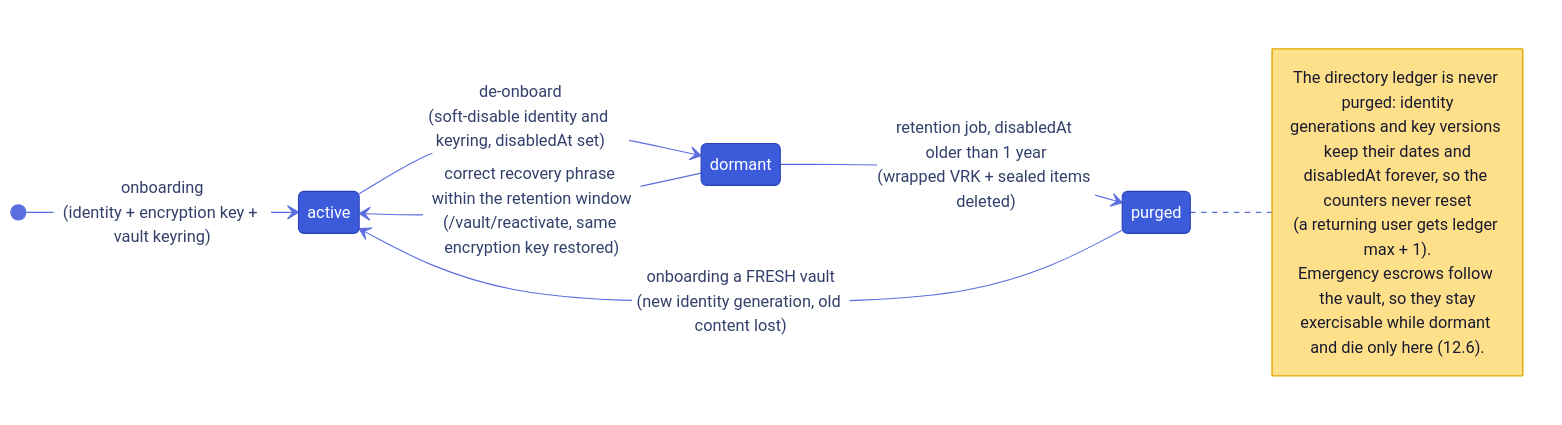
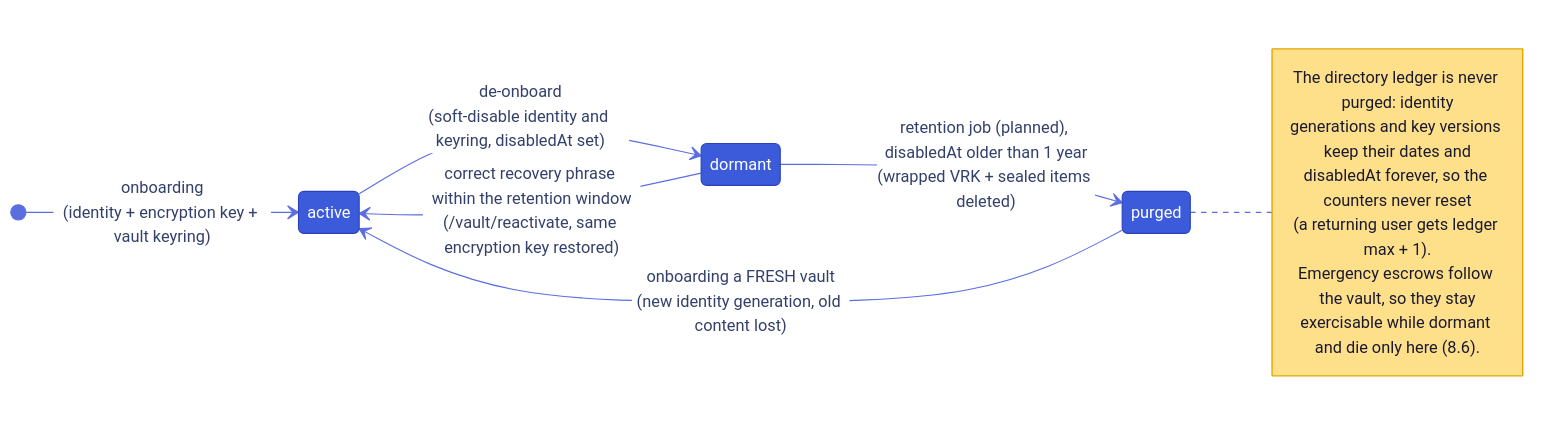
Before and after one commit to suitenumerique/encryption: diagram 18 of 24 in architecture.md, drawn with Mermaid. The commit also changed other lines of this file and 24 other files, not shown here.

Commit message:
fix(crypto): encrypt with xchacha20-poly1305 aead instead of xsalsa20 secretbox as documented + harden vault integrity checks & chore(docs): rework the architecture document

````diff
--- a/architecture.md
+++ b/architecture.md
@@ -552,18 +1258,18 @@
 ```mermaid
-%%{init: {'theme':'base','themeVariables':{'fontSize':'15px','primaryColor':'#3b5bdb','primaryTextColor':'#fff','primaryBorderColor':'#2942b8','lineColor':'#5b6ee0','tertiaryColor':'#fff','labelBackgroundColor':'#ffffff','edgeLabelBackground':'#ffffff','transitionColor':'#5b6ee0','transitionLabelColor':'#33406b','noteBkgColor':'#ffe08a','noteTextColor':'#1a1a2e','noteBorderColor':'#e0a800'},'themeCSS':'.edgeLabel p{background-color:#fff;padding:4px 10px;border-radius:5px;margin:0;} .edgeLabel .labelBkg{background:transparent;} .statediagram-state .nodeLabel p{font-size:15px;padding:5px 12px;margin:0;}','stateDiagram':{'nodeSpacing':70,'rankSpacing':110,'padding':14,'useMaxWidth':true}}}%%
+%%{init: {'theme':'base','look':'classic','themeVariables':{'fontSize':'15px','primaryColor':'#3b5bdb','primaryTextColor':'#fff','primaryBorderColor':'#2942b8','lineColor':'#5b6ee0','tertiaryColor':'#fff','labelBackgroundColor':'#ffffff','edgeLabelBackground':'#ffffff','transitionColor':'#5b6ee0','transitionLabelColor':'#33406b','noteBkgColor':'#ffe08a','noteTextColor':'#1a1a2e','noteBorderColor':'#e0a800'},'themeCSS':'.edgeLabel p{background-color:#fff;padding:4px 10px;border-radius:5px;margin:0;} .edgeLabel .labelBkg{background:transparent;} .statediagram-state .nodeLabel p{font-size:15px;padding:5px 12px;margin:0;}','stateDiagram':{'nodeSpacing':70,'rankSpacing':110,'padding':14,'useMaxWidth':true}}}%%
 stateDiagram-v2
   direction LR
   [*] --> active: onboarding<br/>(identity + encryption key + vault keyring)
   active --> dormant: de-onboard<br/>(soft-disable identity and keyring, disabledAt set)
   dormant --> active: correct recovery phrase within the retention window<br/>(/vault/reactivate, same encryption key restored)
-  dormant --> purged: retention job, disabledAt older than 1 year<br/>(wrapped VRK + sealed items deleted)
+  dormant --> purged: retention job (planned), disabledAt older than 1 year<br/>(wrapped VRK + sealed items deleted)
   purged --> active: onboarding a FRESH vault<br/>(new identity generation, old content lost)
   note right of purged
     The directory ledger is never purged: identity
     generations and key versions keep their dates and
     disabledAt forever, so the counters never reset
     (a returning user gets ledger max + 1).
     Emergency escrows follow the vault, so they stay
-    exercisable while dormant and die only here (12.6).
+    exercisable while dormant and die only here (8.6).
   end note
 ```
````
